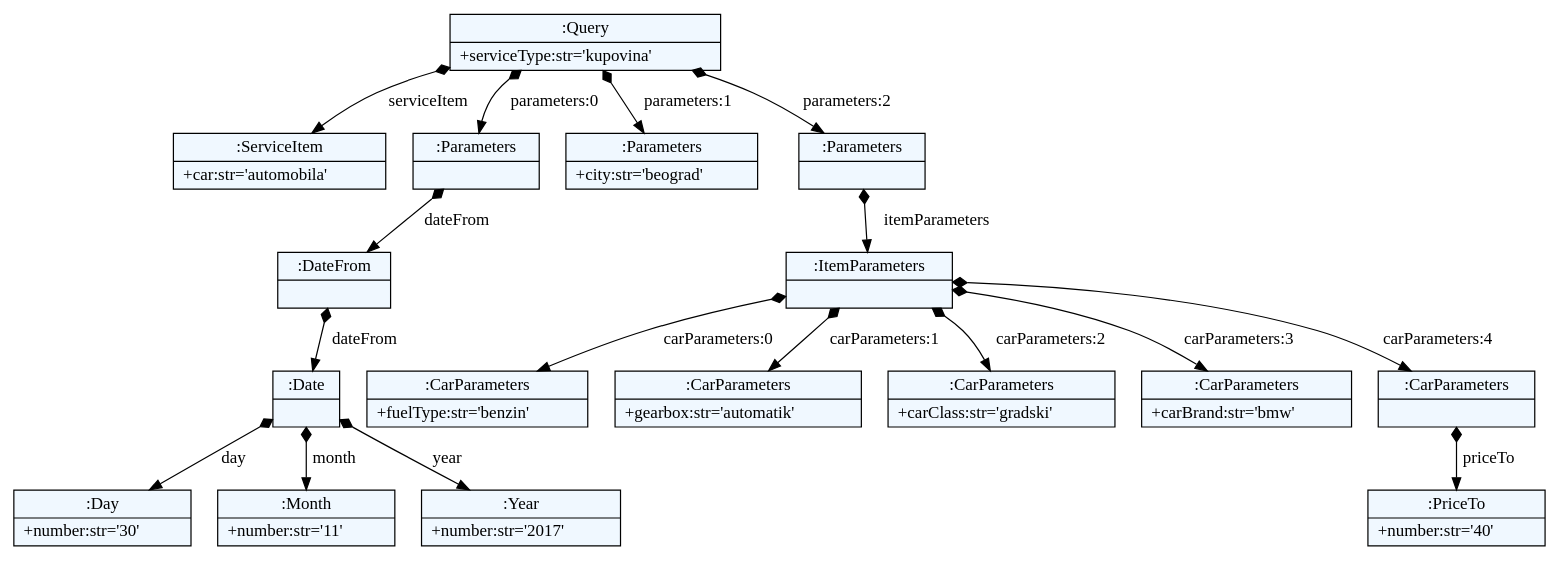
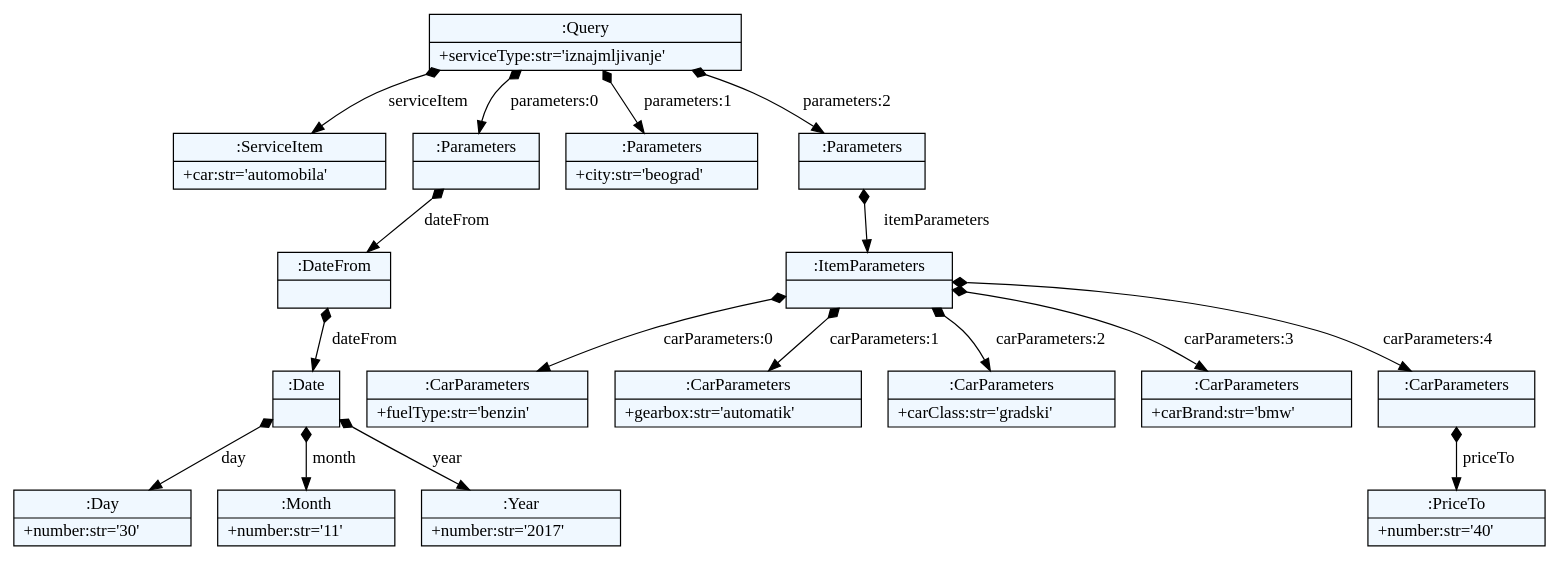
One commit to ftnE2-tim1-2016-17/jsd changed the diagram in textXGrammar/test.dot. Above: the diagram before and after it, drawn with Graphviz. The commit also changed 4 other files, not shown here.

```diff
--- a/textXGrammar/test.dot
+++ b/textXGrammar/test.dot
@@ -1,48 +1,48 @@
 
     digraph xtext {
     fontname = "Bitstream Vera Sans"
     fontsize = 8
     node[
         shape=record,
         style=filled,
         fillcolor=aliceblue
     ]
     nodesep = 0.3
     edge[dir=black,arrowtail=empty]
 
 
-73767456 -> 73765104 [label="serviceItem" arrowtail=diamond dir=both]
-73765104[label="{:ServiceItem|+car:str='automobila'\l}"]
-73767456 -> 73765160 [label="parameters:0" arrowtail=diamond dir=both]
-73765160 -> 73765384 [label="dateFrom" arrowtail=diamond dir=both]
-73765384 -> 73766000 [label="dateFrom" arrowtail=diamond dir=both]
-73766000 -> 73765552 [label="day" arrowtail=diamond dir=both]
-73765552[label="{:Day|+number:str='30'\l}"]
-73766000 -> 73766056 [label="month" arrowtail=diamond dir=both]
-73766056[label="{:Month|+number:str='11'\l}"]
-73766000 -> 73767400 [label="year" arrowtail=diamond dir=both]
-73767400[label="{:Year|+number:str='2017'\l}"]
-73766000[label="{:Date|}"]
-73765384[label="{:DateFrom|}"]
-73765160[label="{:Parameters|}"]
-73767456 -> 73766392 [label="parameters:1" arrowtail=diamond dir=both]
-73766392[label="{:Parameters|+city:str='beograd'\l}"]
-73767456 -> 73767736 [label="parameters:2" arrowtail=diamond dir=both]
-73767736 -> 73765664 [label="itemParameters" arrowtail=diamond dir=both]
-73765664 -> 73765440 [label="carParameters:0" arrowtail=diamond dir=both]
-73765440[label="{:CarParameters|+fuelType:str='benzin'\l}"]
-73765664 -> 73765888 [label="carParameters:1" arrowtail=diamond dir=both]
-73765888[label="{:CarParameters|+gearbox:str='automatik'\l}"]
-73765664 -> 73766952 [label="carParameters:2" arrowtail=diamond dir=both]
-73766952[label="{:CarParameters|+carClass:str='gradski'\l}"]
-73765664 -> 73766784 [label="carParameters:3" arrowtail=diamond dir=both]
-73766784[label="{:CarParameters|+carBrand:str='bmw'\l}"]
-73765664 -> 73766728 [label="carParameters:4" arrowtail=diamond dir=both]
-73766728 -> 73766168 [label="priceTo" arrowtail=diamond dir=both]
-73766168[label="{:PriceTo|+number:str='40'\l}"]
-73766728[label="{:CarParameters|}"]
-73765664[label="{:ItemParameters|}"]
-73767736[label="{:Parameters|}"]
-73767456[label="{:Query|+serviceType:str='kupovina'\l}"]
+65074344 -> 65192008 [label="serviceItem" arrowtail=diamond dir=both]
+65192008[label="{:ServiceItem|+car:str='automobila'\l}"]
+65074344 -> 65028616 [label="parameters:0" arrowtail=diamond dir=both]
+65028616 -> 65068504 [label="dateFrom" arrowtail=diamond dir=both]
+65068504 -> 65056272 [label="dateFrom" arrowtail=diamond dir=both]
+65056272 -> 65141952 [label="day" arrowtail=diamond dir=both]
+65141952[label="{:Day|+number:str='30'\l}"]
+65056272 -> 65142680 [label="month" arrowtail=diamond dir=both]
+65142680[label="{:Month|+number:str='11'\l}"]
+65056272 -> 65102848 [label="year" arrowtail=diamond dir=both]
+65102848[label="{:Year|+number:str='2017'\l}"]
+65056272[label="{:Date|}"]
+65068504[label="{:DateFrom|}"]
+65028616[label="{:Parameters|}"]
+65074344 -> 65065648 [label="parameters:1" arrowtail=diamond dir=both]
+65065648[label="{:Parameters|+city:str='beograd'\l}"]
+65074344 -> 65068672 [label="parameters:2" arrowtail=diamond dir=both]
+65068672 -> 65056104 [label="itemParameters" arrowtail=diamond dir=both]
+65056104 -> 65147008 [label="carParameters:0" arrowtail=diamond dir=both]
+65147008[label="{:CarParameters|+fuelType:str='benzin'\l}"]
+65056104 -> 65147568 [label="carParameters:1" arrowtail=diamond dir=both]
+65147568[label="{:CarParameters|+gearbox:str='automatik'\l}"]
+65056104 -> 65147400 [label="carParameters:2" arrowtail=diamond dir=both]
+65147400[label="{:CarParameters|+carClass:str='gradski'\l}"]
+65056104 -> 65160920 [label="carParameters:3" arrowtail=diamond dir=both]
+65160920[label="{:CarParameters|+carBrand:str='bmw'\l}"]
+65056104 -> 65159240 [label="carParameters:4" arrowtail=diamond dir=both]
+65159240 -> 64833352 [label="priceTo" arrowtail=diamond dir=both]
+64833352[label="{:PriceTo|+number:str='40'\l}"]
+65159240[label="{:CarParameters|}"]
+65056104[label="{:ItemParameters|}"]
+65068672[label="{:Parameters|}"]
+65074344[label="{:Query|+serviceType:str='iznajmljivanje'\l}"]
 
 }
```
